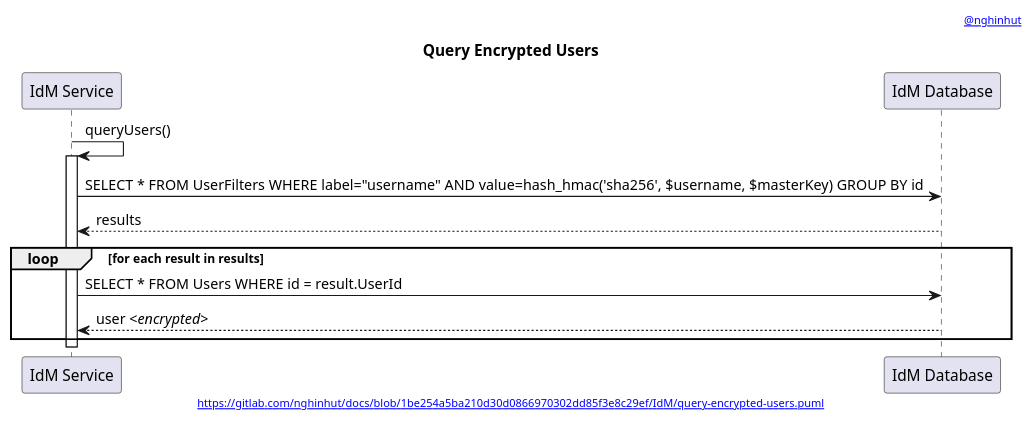
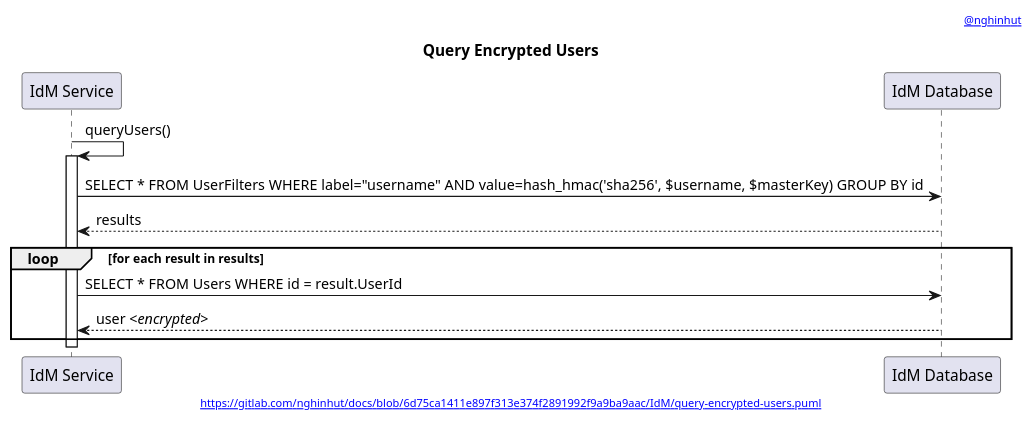
The diagram in IdM/query-encrypted-users.function.puml (nghinhut/docs), drawn with PlantUML before and after one commit. The commit also changed 23 other files, not shown here.

Commit message:
Update diagrams

```diff
--- a/IdM/query-encrypted-users.function.puml
+++ b/IdM/query-encrypted-users.function.puml
@@ -1,23 +1,23 @@
 @startuml
 '-----START auto generated metadata please keep comment here to allow auto update-----
 '-----DON'T EDIT THIS SECTION, INSTEAD RE-RUN prebuild.sh TO UPDATE-----
-header [[https://www.nghinhut.dev?from=http%5C%3A%5C%2F%5C%2Fwww%5C.plantuml%5C.com%5C%2Fplantuml%5C%2Fproxy%3Ffmt%3Dsvg%5C%26src%3Dhttps%5C%3A%5C%2F%5C%2Fgitlab%5C.com%5C%2Fnghinhut%5C%2Fdocs%5C%2Fraw%5C%2F1be254a5ba210d30d0866970302dd85f3e8c29ef%5C%2FIdM%5C%2Fquery-encrypted-users%5C.puml%0A @nghinhut]]
-footer [[http://www.plantuml.com/plantuml/proxy?fmt=svg&src=https://gitlab.com/nghinhut/docs/raw/1be254a5ba210d30d0866970302dd85f3e8c29ef/IdM/query-encrypted-users.puml https://gitlab.com/nghinhut/docs/blob/1be254a5ba210d30d0866970302dd85f3e8c29ef/IdM/query-encrypted-users.puml]]
+header [[https://www.nghinhut.dev?from=http%5C%3A%5C%2F%5C%2Fwww%5C.plantuml%5C.com%5C%2Fplantuml%5C%2Fproxy%3Ffmt%3Dsvg%5C%26src%3Dhttps%5C%3A%5C%2F%5C%2Fgitlab%5C.com%5C%2Fnghinhut%5C%2Fdocs%5C%2Fraw%5C%2F6d75ca1411e897f313e374f2891992f9a9ba9aac%5C%2FIdM%5C%2Fquery-encrypted-users%5C.puml%0A @nghinhut]]
+footer [[http://www.plantuml.com/plantuml/proxy?fmt=svg&src=https://gitlab.com/nghinhut/docs/raw/6d75ca1411e897f313e374f2891992f9a9ba9aac/IdM/query-encrypted-users.puml https://gitlab.com/nghinhut/docs/blob/6d75ca1411e897f313e374f2891992f9a9ba9aac/IdM/query-encrypted-users.puml]]
 '-----END auto generated metadata please keep comment here to allow auto update-----
 title Query Encrypted Users
 
 participant "IdM Service" as idm
 participant "IdM Database" as db
 
 idm -> idm : queryUsers()
 activate idm
     idm -> db : SELECT * FROM UserFilters WHERE label="username" AND value=hash_hmac('sha256', $username, $masterKey) GROUP BY id
     idm <-- db : results
 
     loop for each result in results
         idm -> db : SELECT * FROM Users WHERE id = result.UserId
         idm <-- db : user <//encrypted//>
     end
 deactivate idm
 
 @enduml
```
